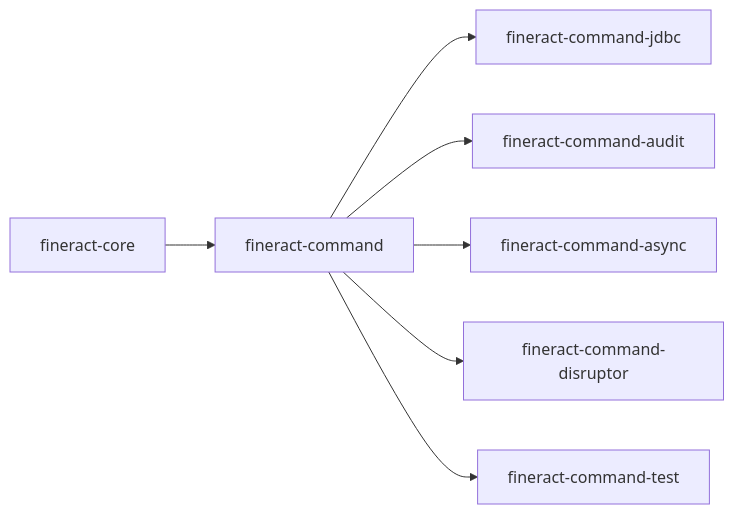
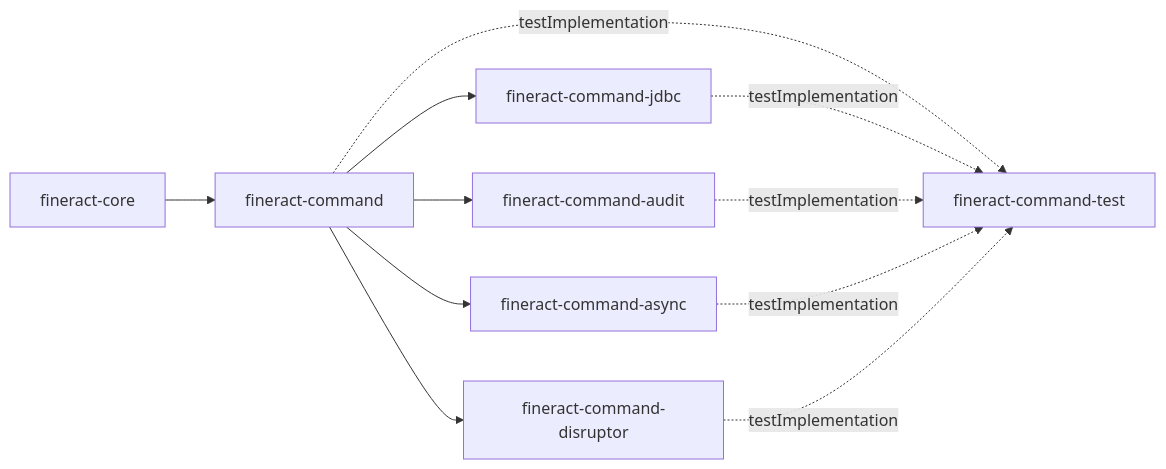
Before and after one commit to mintlify-atlas/docs-wiki-31b07890: the second of 3 diagrams in overview/module-graph.mdx, drawn with Mermaid. The commit also changed other lines of this file and 115 other files, not shown here.

````diff
--- a/overview/module-graph.mdx
+++ b/overview/module-graph.mdx
@@ -215,9 +229,13 @@
 ```mermaid
 flowchart LR
     core[fineract-core] --> command[fineract-command]
     command --> jdbc[fineract-command-jdbc]
     command --> audit[fineract-command-audit]
     command --> async[fineract-command-async]
     command --> disruptor[fineract-command-disruptor]
-    command --> test[fineract-command-test]
+    command -.testImplementation.-> test[fineract-command-test]
+    jdbc -.testImplementation.-> test
+    audit -.testImplementation.-> test
+    async -.testImplementation.-> test
+    disruptor -.testImplementation.-> test
 ```
````
